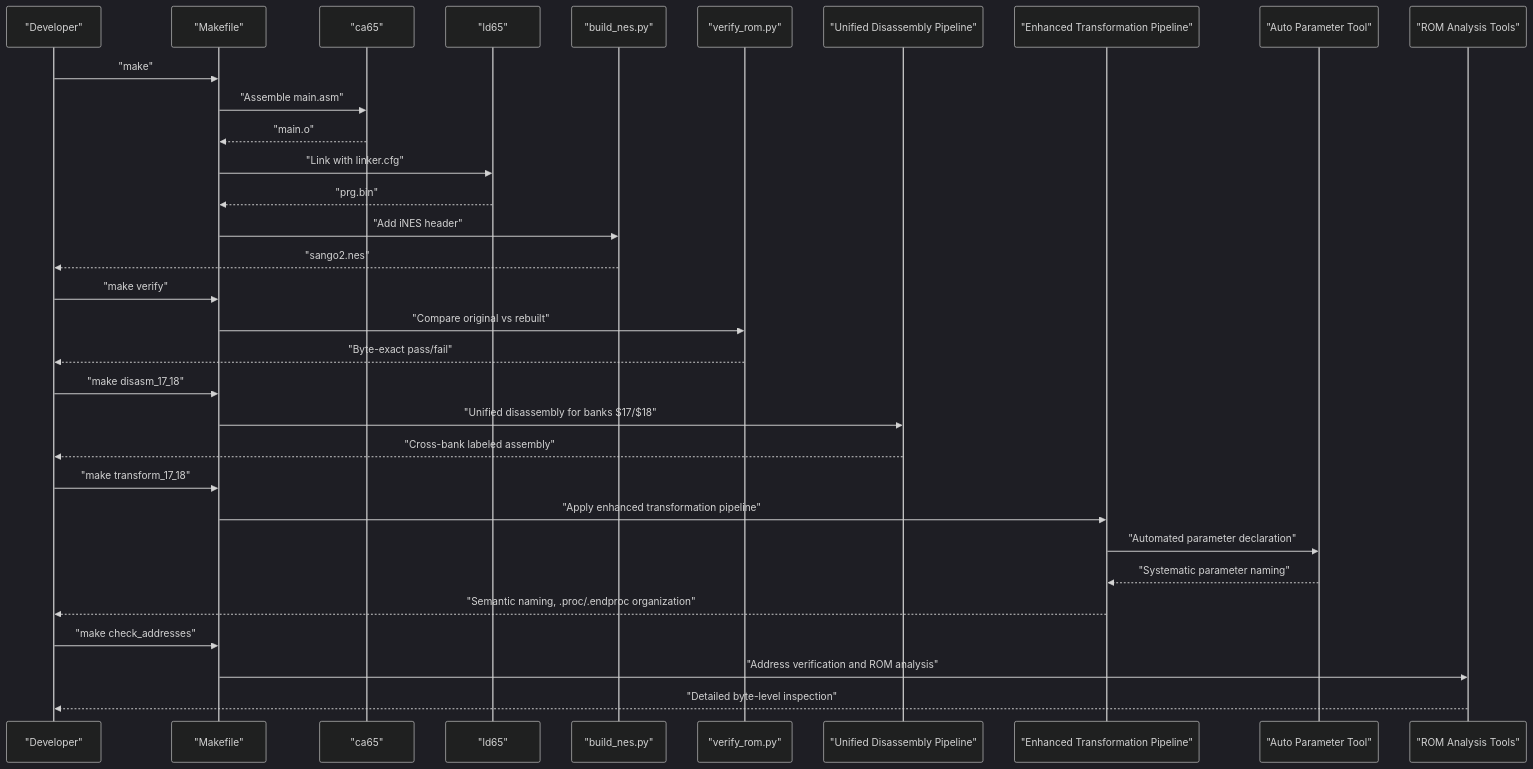
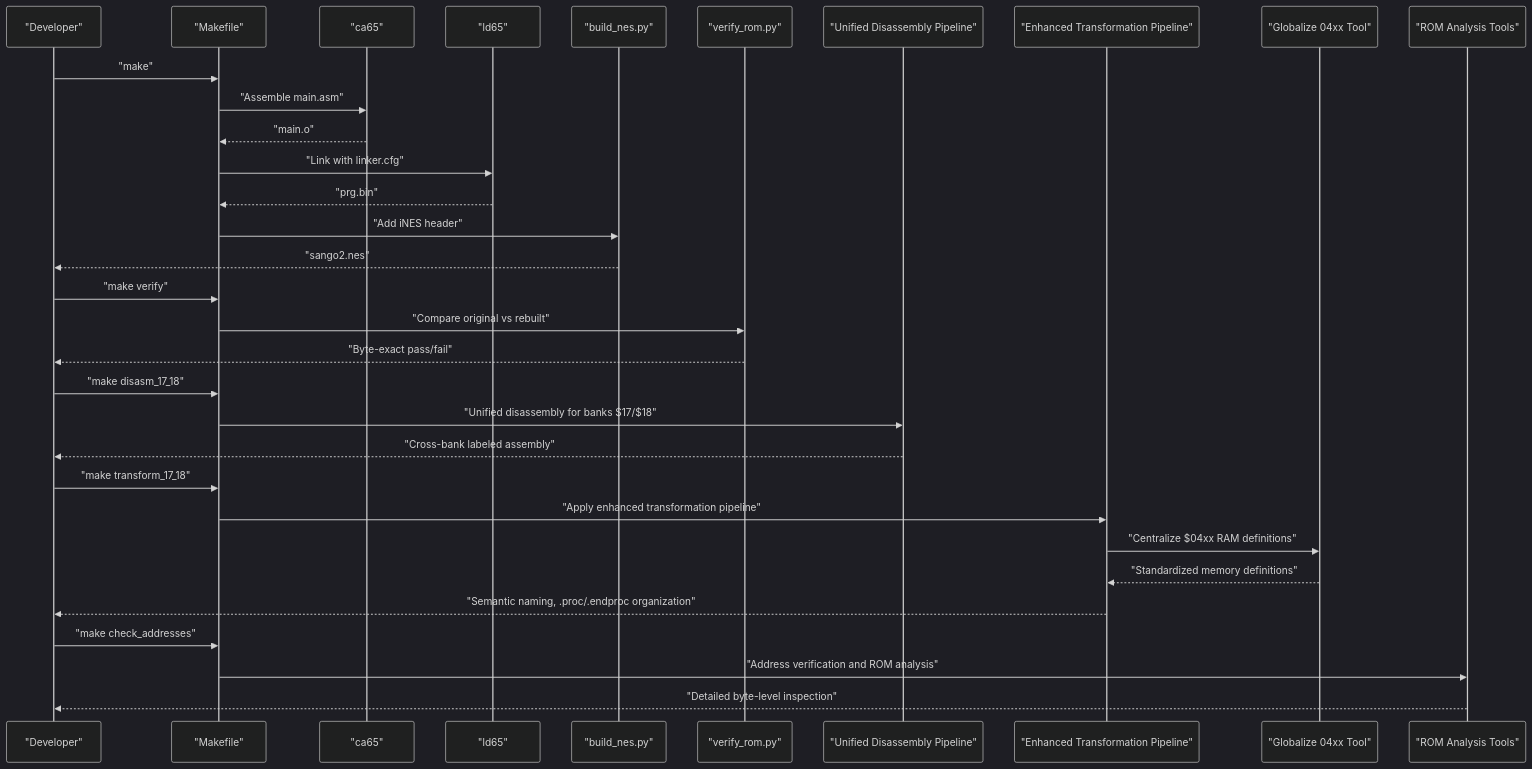
The second of 14 diagrams in .qoder/repowiki/en/content/Build System and Tools/Build System and Tools.md (rabbyzero/sango2dasm), drawn with Mermaid (dark theme) before and after one commit. The commit also changed other lines of this file and 6 other files, not shown here.

````diff
--- a/.qoder/repowiki/en/content/Build System and Tools/Build System and Tools.md
+++ b/.qoder/repowiki/en/content/Build System and Tools/Build System and Tools.md
@@ -280,34 +288,34 @@
 ```mermaid
 sequenceDiagram
 participant Dev as "Developer"
 participant MK as "Makefile"
 participant CA as "ca65"
 participant LD as "ld65"
 participant BN as "build_nes.py"
 participant VR as "verify_rom.py"
 participant UD as "Unified Disassembly Pipeline"
 participant TP as "Enhanced Transformation Pipeline"
-participant AP as "Auto Parameter Tool"
+participant GC as "Globalize 04xx Tool"
 participant RA as "ROM Analysis Tools"
 Dev->>MK : "make"
 MK->>CA : "Assemble main.asm"
 CA-->>MK : "main.o"
 MK->>LD : "Link with linker.cfg"
 LD-->>MK : "prg.bin"
 MK->>BN : "Add iNES header"
 BN-->>Dev : "sango2.nes"
 Dev->>MK : "make verify"
 MK->>VR : "Compare original vs rebuilt"
 VR-->>Dev : "Byte-exact pass/fail"
 Dev->>MK : "make disasm_17_18"
 MK->>UD : "Unified disassembly for banks $17/$18"
 UD-->>Dev : "Cross-bank labeled assembly"
 Dev->>MK : "make transform_17_18"
 MK->>TP : "Apply enhanced transformation pipeline"
-TP->>AP : "Automated parameter declaration"
-AP-->>TP : "Systematic parameter naming"
+TP->>GC : "Centralize $04xx RAM definitions"
+GC-->>TP : "Standardized memory definitions"
 TP-->>Dev : "Semantic naming, .proc/.endproc organization"
 Dev->>MK : "make check_addresses"
 MK->>RA : "Address verification and ROM analysis"
 RA-->>Dev : "Detailed byte-level inspection"
 ```
````
